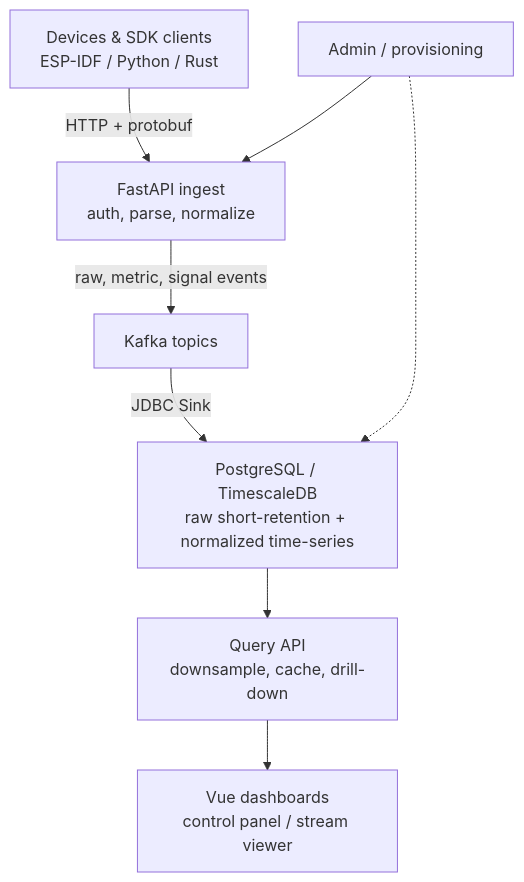
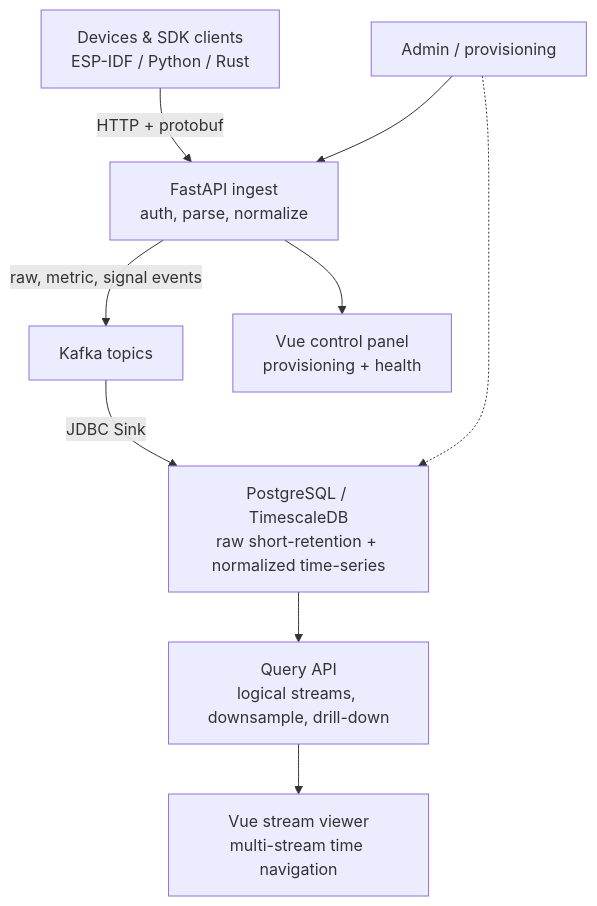
One commit to donghoonpark/aetus changed the first of 2 diagrams in README.md. Above: the diagram before and after it, drawn with Mermaid. The commit also changed other lines of this file, not shown here.

````diff
--- a/README.md
+++ b/README.md
@@ -58,11 +65,12 @@
 ```mermaid
 flowchart TB
     Device["Devices & SDK clients<br/>ESP-IDF / Python / Rust"] -->|"HTTP + protobuf"| Ingest["FastAPI ingest<br/>auth, parse, normalize"]
     Ingest -->|"raw, metric, signal events"| Kafka["Kafka topics"]
     Kafka -->|"JDBC Sink"| Storage["PostgreSQL / TimescaleDB<br/>raw short-retention + normalized time-series"]
-    Storage --> Query["Query API<br/>downsample, cache, drill-down"]
-    Query --> UI["Vue dashboards<br/>control panel / stream viewer"]
+    Storage --> Query["Query API<br/>logical streams, downsample, drill-down"]
+    Query --> Viewer["Vue stream viewer<br/>multi-stream time navigation"]
+    Ingest --> Control["Vue control panel<br/>provisioning + health"]
 
     Admin["Admin / provisioning"] --> Ingest
     Admin -.-> Storage
 ```
````
